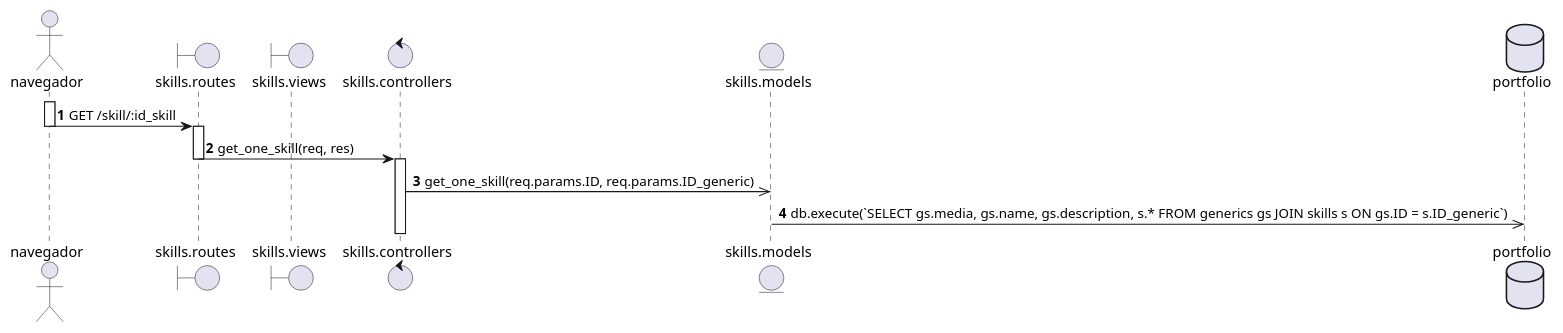
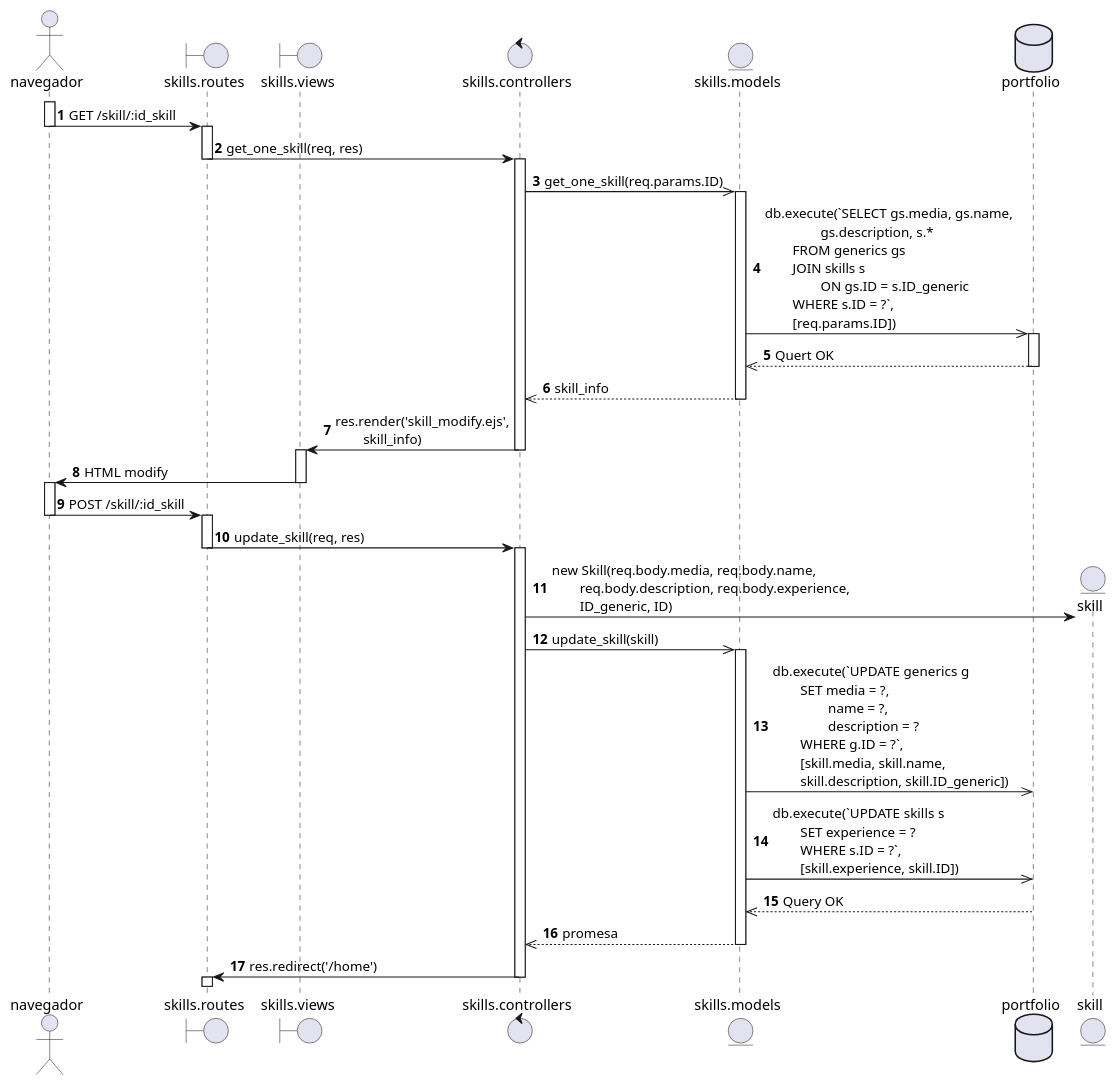
One commit to YaelChar417/portfolio changed the diagram in Diagramas/Secuencia/CU14_A_Modificar_habilidad.puml. Above: the diagram before and after it, drawn with PlantUML. The commit also changed 1 other file, not shown here.

Commit message:
Feature: diagrama de secuencia del CU14 terminado

```diff
--- a/Diagramas/Secuencia/CU14_A_Modificar_habilidad.puml
+++ b/Diagramas/Secuencia/CU14_A_Modificar_habilidad.puml
@@ -1,24 +1,67 @@
 @startuml
 
 actor navegador as nav
 boundary "skills.routes" as routes
 boundary "skills.views" as view
 control "skills.controllers" as controller
 entity "skills.models" as model
 database portfolio as db 
 autonumber
 
 activate nav
 nav -> routes: GET /skill/:id_skill
 deactivate nav
 
 activate routes
 routes -> controller: get_one_skill(req, res)
 deactivate routes
 
 activate controller
-controller ->> model: get_one_skill(req.params.ID, req.params.ID_generic)
+controller ->> model: get_one_skill(req.params.ID)
 
-model ->> db: db.execute(`SELECT gs.media, gs.name, gs.description, s.* FROM generics gs JOIN skills s ON gs.ID = s.ID_generic`)
+activate model
+model ->> db: db.execute(`SELECT gs.media, gs.name, \n\t\tgs.description, s.* \n\tFROM generics gs \n\tJOIN skills s \n\t\tON gs.ID = s.ID_generic \n\tWHERE s.ID = ?`, \n\t[req.params.ID])
+
+activate db
+db -->> model: Quert OK
+deactivate db
+
+model -->> controller: skill_info
+deactivate model
+
+controller -> view: res.render('skill_modify.ejs', \n\tskill_info)
+deactivate controller
+
+activate view
+view -> nav: HTML modify
+deactivate view
+
+activate nav
+nav -> routes: POST /skill/:id_skill
+deactivate nav
+
+activate routes
+routes -> controller: update_skill(req, res)
+deactivate routes
+
+activate controller
+create entity skill
+controller -> skill: new Skill(req.body.media, req.body.name, \n\treq.body.description, req.body.experience, \n\tID_generic, ID)
+controller ->> model: update_skill(skill)
+
+activate model
+model ->> db: db.execute(`UPDATE generics g \n\tSET media = ?, \n\t\tname = ?, \n\t\tdescription = ? \n\tWHERE g.ID = ?`, \n\t[skill.media, skill.name, \n\tskill.description, skill.ID_generic])
+deactivate db
+model ->> db: db.execute(`UPDATE skills s \n\tSET experience = ? \n\tWHERE s.ID = ?`, \n\t[skill.experience, skill.ID])
+
+db -->> model: Query OK
+deactivate db
+
+model -->> controller: promesa
+deactivate model
+
+controller -> routes: res.redirect('/home')
+deactivate controller
+activate routes
 
 @enduml
```
